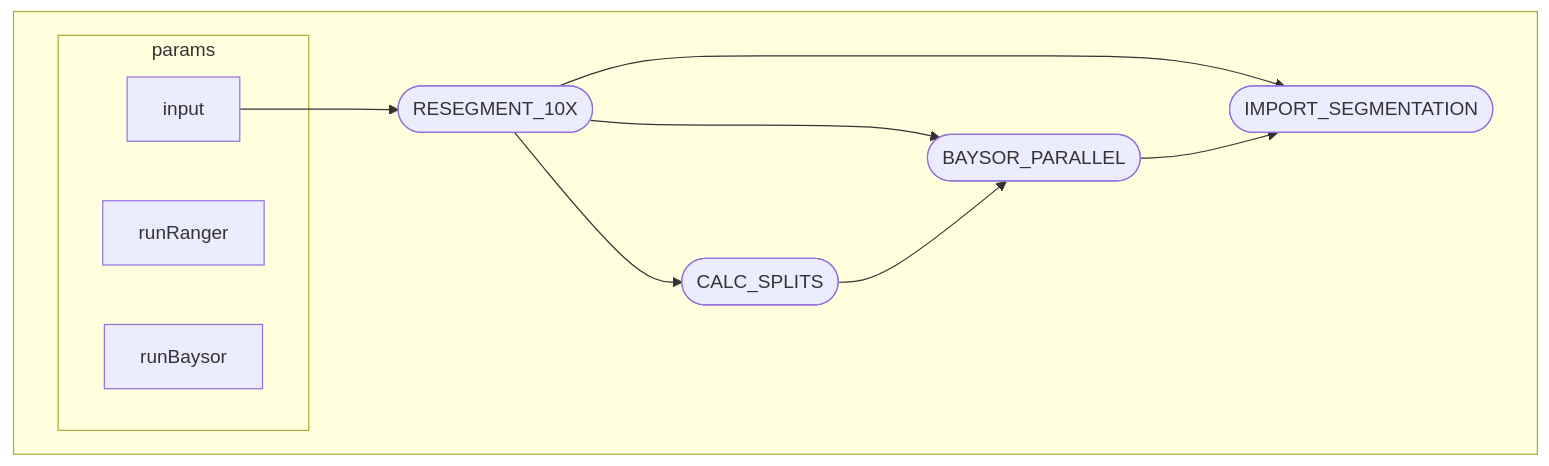
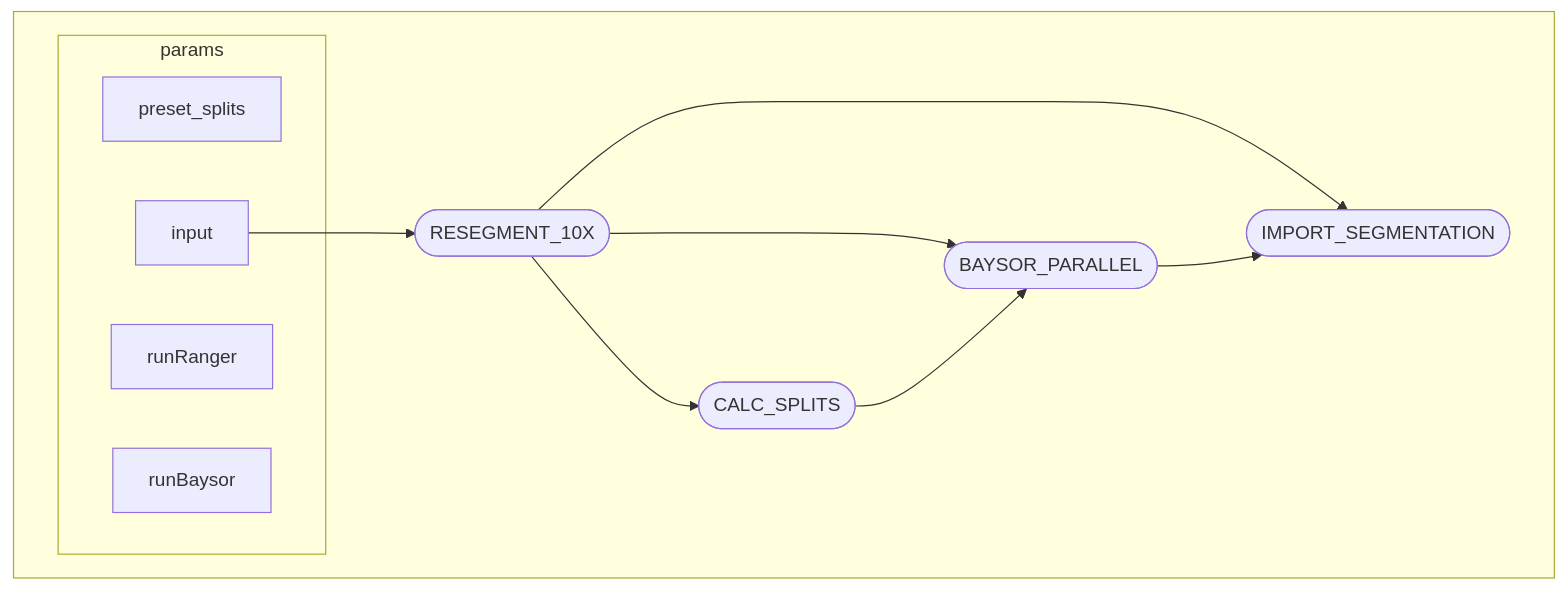
One commit to jrose835/Xen_Segmentation_NextFlow changed the first of 2 diagrams in README.md. Above: the diagram before and after it, drawn with Mermaid.

Commit message:
updated DAG

````diff
--- a/README.md
+++ b/README.md
@@ -65,20 +65,21 @@
 ```mermaid
 flowchart TB
     subgraph " "
     subgraph params
+    v10["preset_splits"]
     v0["input"]
     v1["runRanger"]
     v2["runBaysor"]
     end
-    v6([RESEGMENT_10X])
-    v9([CALC_SPLITS])
-    v10([BAYSOR_PARALLEL])
-    v11([IMPORT_SEGMENTATION])
-    v0 --> v6
-    v6 --> v9
-    v6 --> v10
-    v9 --> v10
-    v6 --> v11
-    v10 --> v11
+    v7([RESEGMENT_10X])
+    v11([CALC_SPLITS])
+    v13([BAYSOR_PARALLEL])
+    v14([IMPORT_SEGMENTATION])
+    v0 --> v7
+    v7 --> v11
+    v7 --> v13
+    v11 --> v13
+    v7 --> v14
+    v13 --> v14
     end
 ```
````
